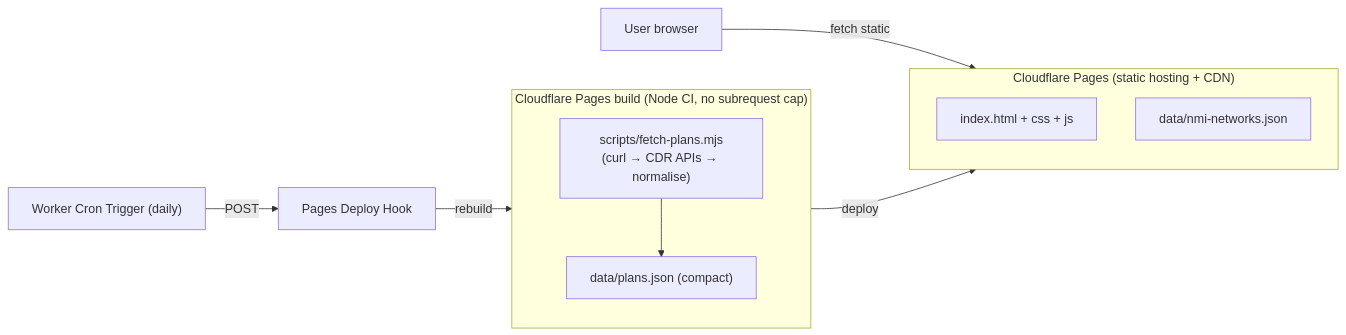
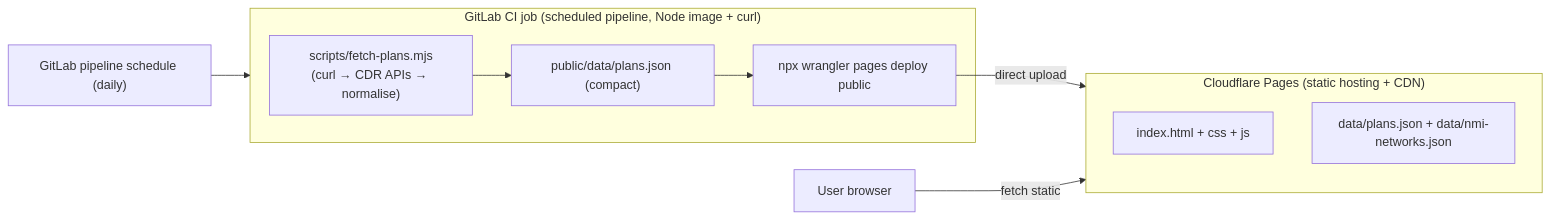
One commit to Volki111/EnergyCompareTool changed the diagram in docs/CLOUDFLARE_DESIGN.md. Above: the diagram before and after it, drawn with Mermaid. The commit also changed other lines of this file, not shown here.

First line of the commit message:
Retarget Cloudflare design doc to GitLab (no GitHub Actions)

````diff
--- a/docs/CLOUDFLARE_DESIGN.md
+++ b/docs/CLOUDFLARE_DESIGN.md
@@ -32,16 +34,15 @@
 ```mermaid
 flowchart LR
-  subgraph Build["Cloudflare Pages build (Node CI, no subrequest cap)"]
+  subgraph CI["GitLab CI job (scheduled pipeline, Node image + curl)"]
     FETCH["scripts/fetch-plans.mjs\n(curl → CDR APIs → normalise)"]
-    FETCH --> PJSON["data/plans.json (compact)"]
+    FETCH --> PJSON["public/data/plans.json (compact)"]
+    PJSON --> WR["npx wrangler pages deploy public"]
   end
+  SCHED["GitLab pipeline schedule (daily)"] --> CI
+  WR -->|direct upload| Static
   subgraph Static["Cloudflare Pages (static hosting + CDN)"]
     HTML["index.html + css + js"]
-    PJSON
-    NMIJSON["data/nmi-networks.json"]
+    DATA["data/plans.json + data/nmi-networks.json"]
   end
-  CRON["Worker Cron Trigger (daily)"] -->|POST| HOOK["Pages Deploy Hook"]
-  HOOK -->|rebuild| Build
   Browser["User browser"] -->|fetch static| Static
-  Build -->|deploy| Static
 ```
````
